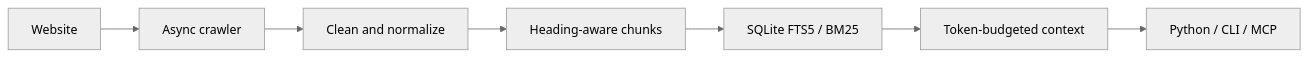
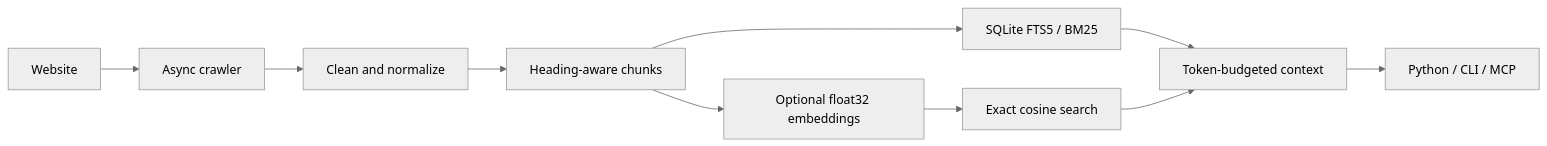
Before and after one commit to MakarenD/crawlforge: the diagram in README.md, drawn with Mermaid (neutral theme). The commit also changed other lines of this file and 10 other files, not shown here.

````diff
--- a/README.md
+++ b/README.md
@@ -22,9 +23,12 @@
 ```mermaid
 flowchart LR
     A[Website] --> B[Async crawler]
     B --> C[Clean and normalize]
     C --> D[Heading-aware chunks]
     D --> E[SQLite FTS5 / BM25]
+    D --> H[Optional float32 embeddings]
+    H --> I[Exact cosine search]
     E --> F[Token-budgeted context]
+    I --> F
     F --> G[Python / CLI / MCP]
 ```
````
